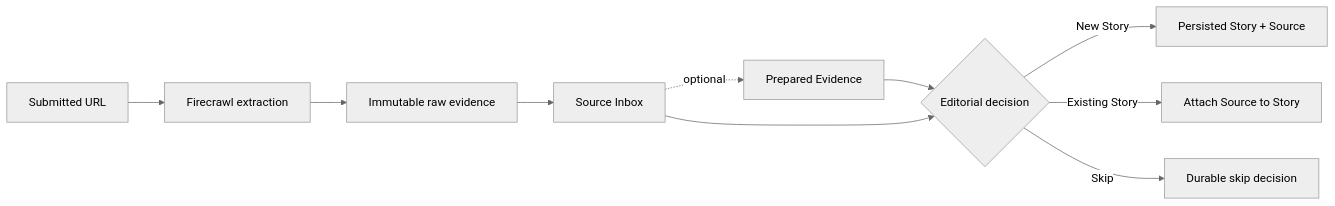
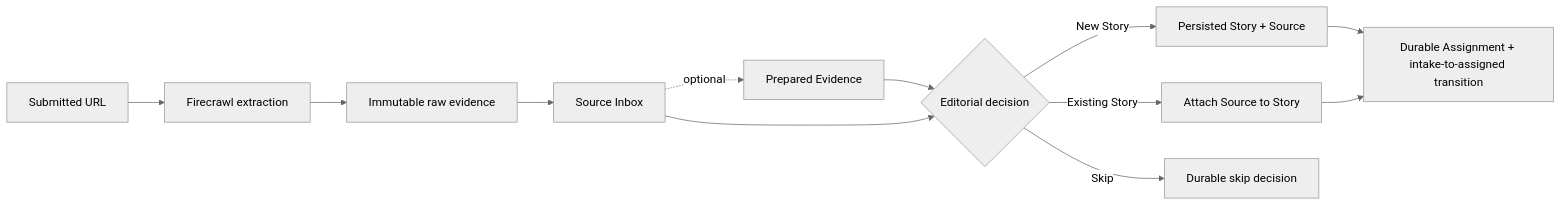
The diagram in README.md (BlackSwampAI/StoryRail), drawn with Mermaid (neutral theme) before and after one commit. The commit also changed other lines of this file and 42 other files, not shown here.

````diff
--- a/README.md
+++ b/README.md
@@ -35,12 +35,14 @@
 ```mermaid
 flowchart LR
     URL[Submitted URL] --> FC[Firecrawl extraction]
     FC --> RAW[Immutable raw evidence]
     RAW --> INBOX[Source Inbox]
     INBOX -. optional .-> PREP[Prepared Evidence]
     PREP --> DECIDE{Editorial decision}
     INBOX --> DECIDE
     DECIDE -->|New Story| NEW[Persisted Story + Source]
     DECIDE -->|Existing Story| EXISTING[Attach Source to Story]
     DECIDE -->|Skip| SKIP[Durable skip decision]
+    NEW --> ASSIGN[Durable Assignment + intake-to-assigned transition]
+    EXISTING --> ASSIGN
 ```
````
